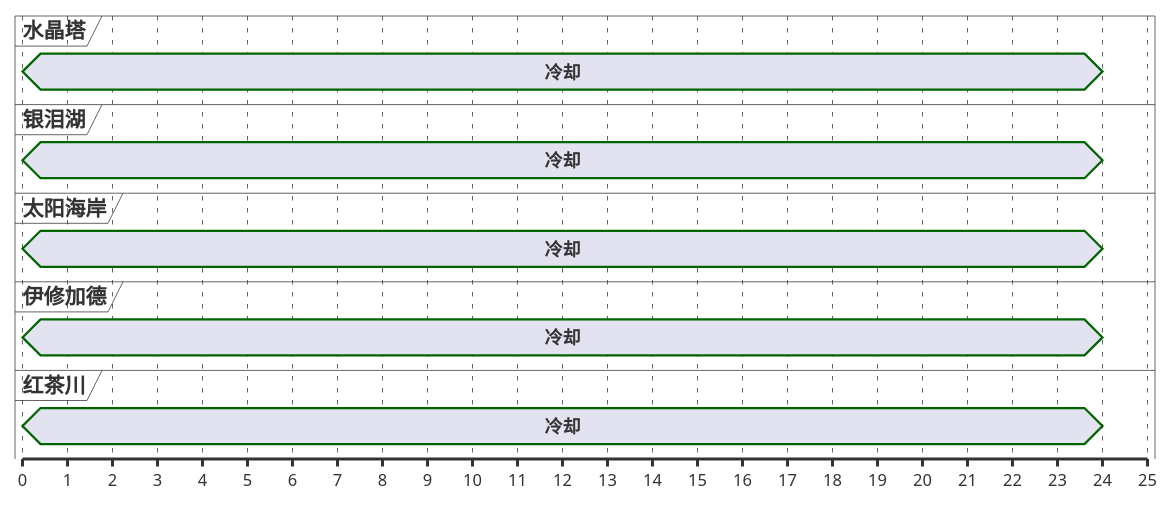
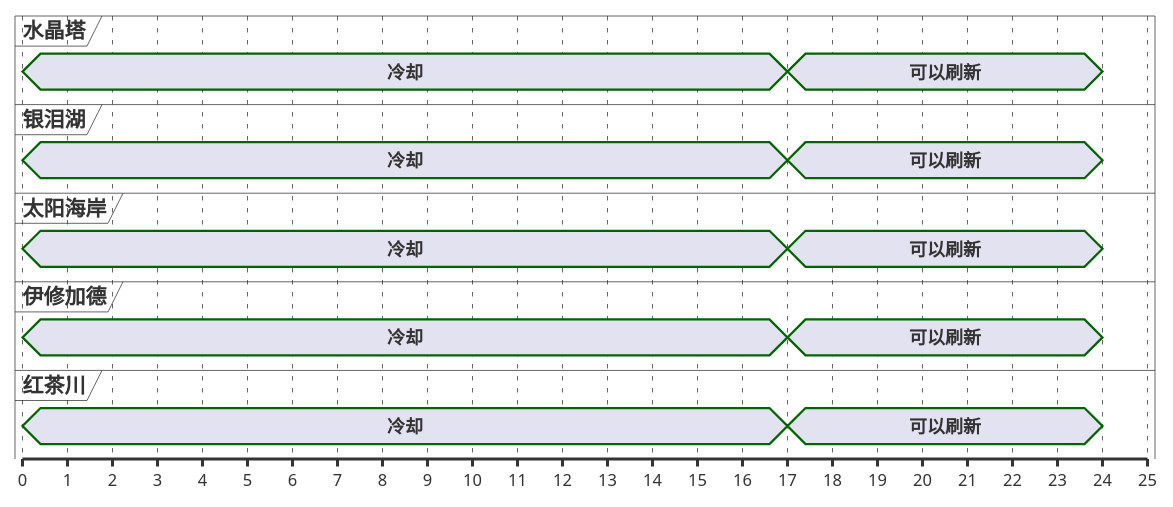
The fourth of 13 diagrams in ffxiv/hunt/2.0/Lampalagua.md (Eroleice/doc-pi), drawn with PlantUML before and after one commit. The commit also changed other lines of this file and 38 other files, not shown here.

````diff
--- a/ffxiv/hunt/2.0/Lampalagua.md
+++ b/ffxiv/hunt/2.0/Lampalagua.md
@@ -182,32 +204,37 @@
 ```plantuml
 @startuml
 scale 1 as 30 pixels
 
 concise 水晶塔
 concise 银泪湖
 concise 太阳海岸
 concise 伊修加德
 concise 红茶川
 
 @太阳海岸
 0 is 冷却
+17 is 可以刷新
 24 is {hidden}
 
 @红茶川
 0 is 冷却
+17 is 可以刷新
 24 is {hidden}
 
 @水晶塔
 0 is 冷却
+17 is 可以刷新
 24 is {hidden}
 
 @伊修加德
 0 is 冷却
+17 is 可以刷新
 24 is {hidden}
 
 @银泪湖
 0 is 冷却
+17 is 可以刷新
 24 is {hidden}
 
 @enduml
 ```
````
